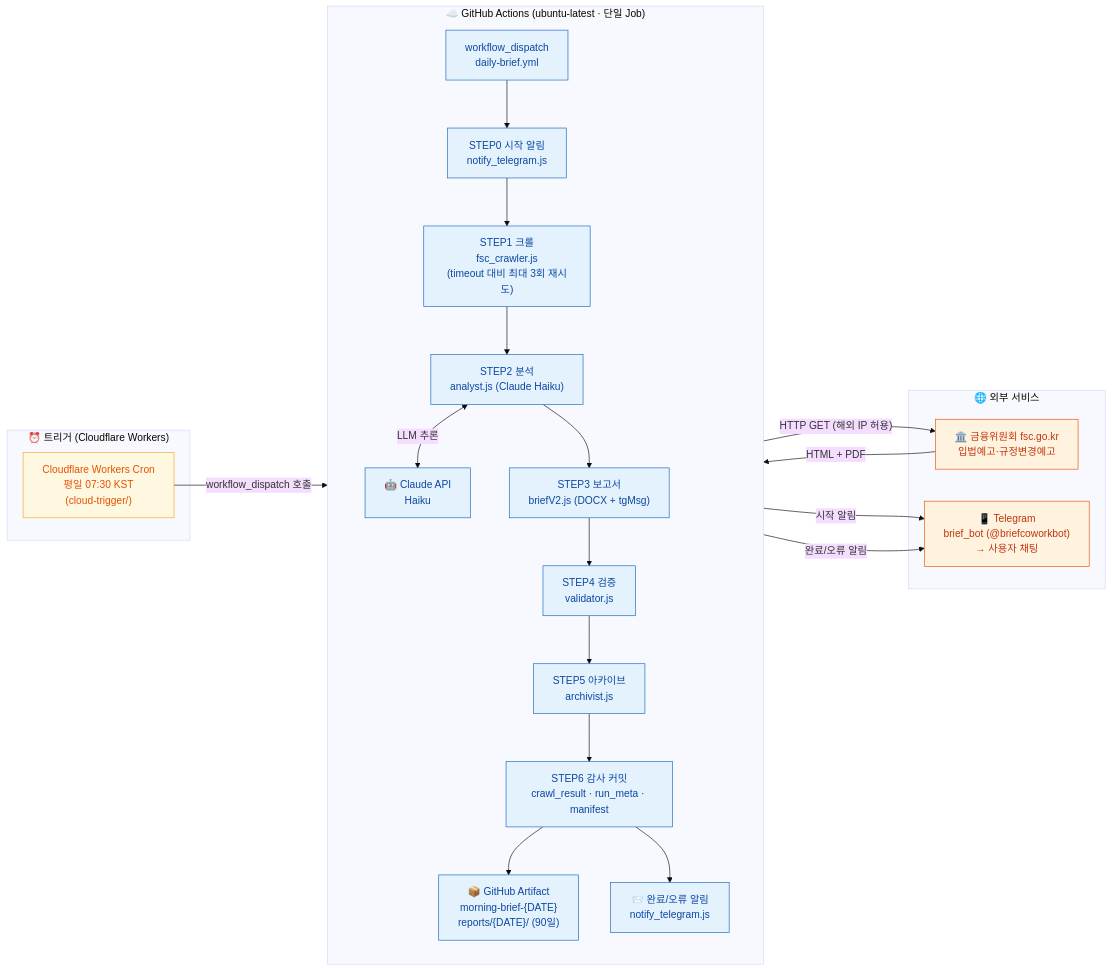
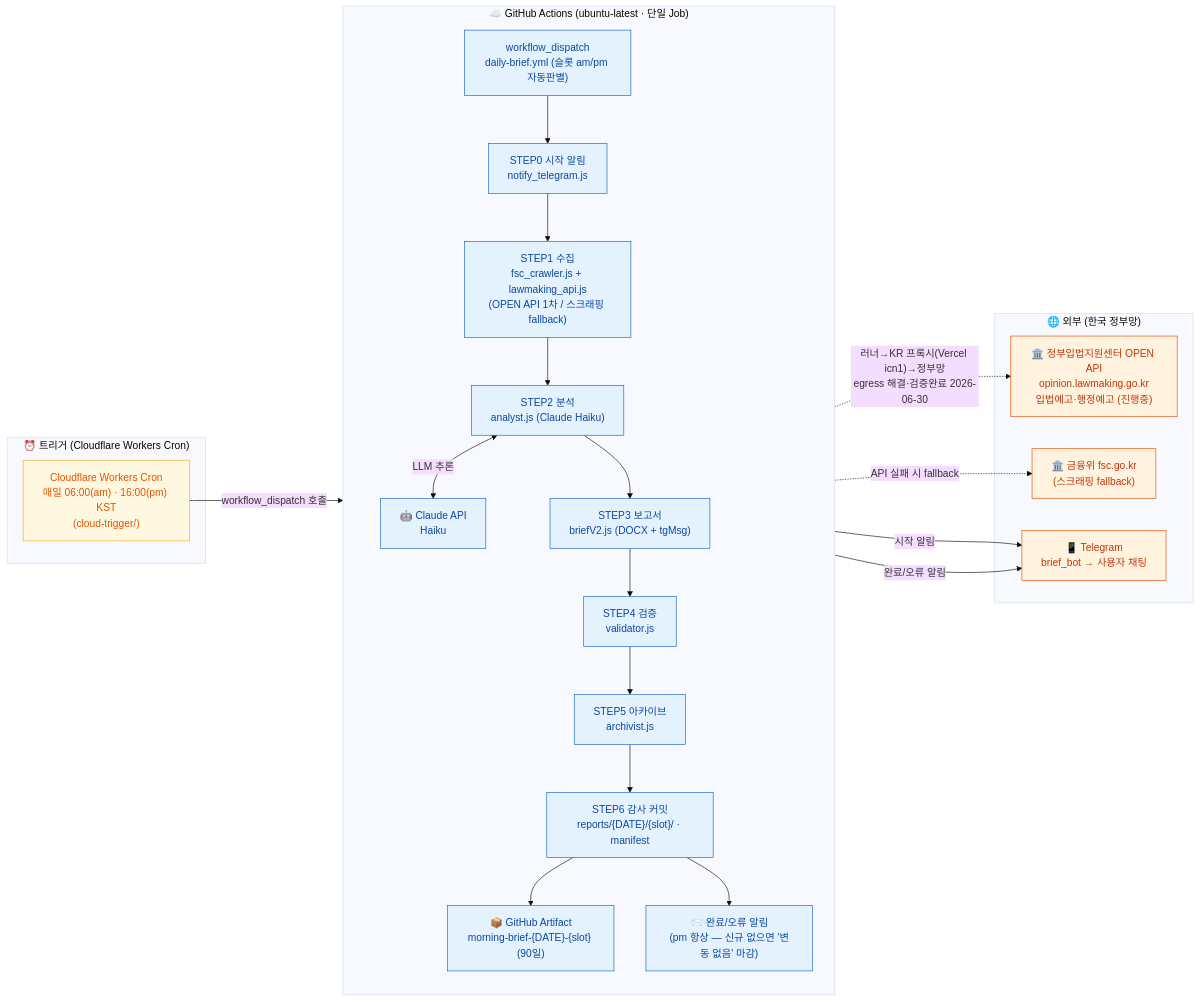
One commit to pyorocop-lang/ibk-FSS-brief changed the first of 3 diagrams in docs/ARCHITECTURE.md. Above: the diagram before and after it, drawn with Mermaid (base theme). The commit also changed other lines of this file and 21 other files, not shown here.

````diff
--- a/docs/ARCHITECTURE.md
+++ b/docs/ARCHITECTURE.md
@@ -10,46 +10,47 @@
 ```mermaid
 flowchart LR
-    subgraph TRIGGER["⏰ 트리거 (Cloudflare Workers)"]
-        CRON["Cloudflare Workers Cron\n평일 07:30 KST\n(cloud-trigger/)"]
+    subgraph TRIGGER["⏰ 트리거 (Cloudflare Workers Cron)"]
+        CRON["Cloudflare Workers Cron\n매일 06:00(am) · 16:00(pm) KST\n(cloud-trigger/)"]
     end
 
     subgraph CLOUD["☁️ GitHub Actions (ubuntu-latest · 단일 Job)"]
         direction TB
-        DISPATCH["workflow_dispatch\ndaily-brief.yml"]
+        DISPATCH["workflow_dispatch\ndaily-brief.yml (슬롯 am/pm 자동판별)"]
         S0["STEP0 시작 알림\nnotify_telegram.js"]
-        S1["STEP1 크롤\nfsc_crawler.js\n(timeout 대비 최대 3회 재시도)"]
+        S1["STEP1 수집\nfsc_crawler.js + lawmaking_api.js\n(OPEN API 1차 / 스크래핑 fallback)"]
         S2["STEP2 분석\nanalyst.js (Claude Haiku)"]
         S3["STEP3 보고서\nbriefV2.js (DOCX + tgMsg)"]
         S4["STEP4 검증\nvalidator.js"]
         S5["STEP5 아카이브\narchivist.js"]
-        S6["STEP6 감사 커밋\ncrawl_result · run_meta · manifest"]
-        ARTIFACT["📦 GitHub Artifact\nmorning-brief-{DATE}\nreports/{DATE}/ (90일)"]
-        NOTIFY["📨 완료/오류 알림\nnotify_telegram.js"]
+        S6["STEP6 감사 커밋\nreports/{DATE}/{slot}/ · manifest"]
+        ARTIFACT["📦 GitHub Artifact\nmorning-brief-{DATE}-{slot} (90일)"]
+        NOTIFY["📨 완료/오류 알림\n(pm 항상 — 신규 없으면 '변동 없음' 마감)"]
         CLAUDE["🤖 Claude API\nHaiku"]
     end
 
-    subgraph EXT["🌐 외부 서비스"]
-        FSC_WEB["🏛️ 금융위원회 fsc.go.kr\n입법예고·규정변경예고"]
-        TG["📱 Telegram\nbrief_bot (@briefcoworkbot)\n→ 사용자 채팅"]
+    subgraph EXT["🌐 외부 (한국 정부망)"]
+        LAW["🏛️ 정부입법지원센터 OPEN API\nopinion.lawmaking.go.kr\n입법예고·행정예고 (진행중)"]
+        FSC_WEB["🏛️ 금융위 fsc.go.kr\n(스크래핑 fallback)"]
+        TG["📱 Telegram\nbrief_bot → 사용자 채팅"]
     end
 
     CRON -->|"workflow_dispatch 호출"| DISPATCH
     DISPATCH --> S0 --> S1
-    S1 -->|"HTTP GET (해외 IP 허용)"| FSC_WEB
-    FSC_WEB -->|"HTML + PDF"| S1
+    S1 -.->|"러너→KR 프록시(Vercel icn1)→정부망\negress 해결·검증완료 2026-06-30"| LAW
+    S1 -.->|"API 실패 시 fallback"| FSC_WEB
     S1 --> S2
     S2 <-->|"LLM 추론"| CLAUDE
     S2 --> S3 --> S4 --> S5 --> S6
     S6 --> ARTIFACT
     S0 -->|"시작 알림"| TG
     S6 --> NOTIFY
     NOTIFY -->|"완료/오류 알림"| TG
 
     classDef trig fill:#FFF8E1,stroke:#F9A825,color:#E65100
     classDef cloud fill:#E3F2FD,stroke:#1565C0,color:#0D47A1
     classDef ext fill:#FFF3E0,stroke:#E65100,color:#BF360C
 
     class CRON trig
     class DISPATCH,S0,S1,S2,S3,S4,S5,S6,ARTIFACT,NOTIFY,CLAUDE cloud
-    class FSC_WEB,TG ext
+    class LAW,FSC_WEB,TG ext
 ```
````
